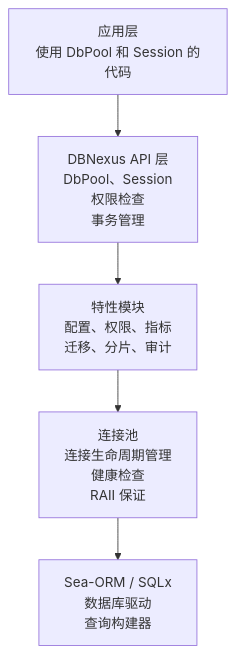
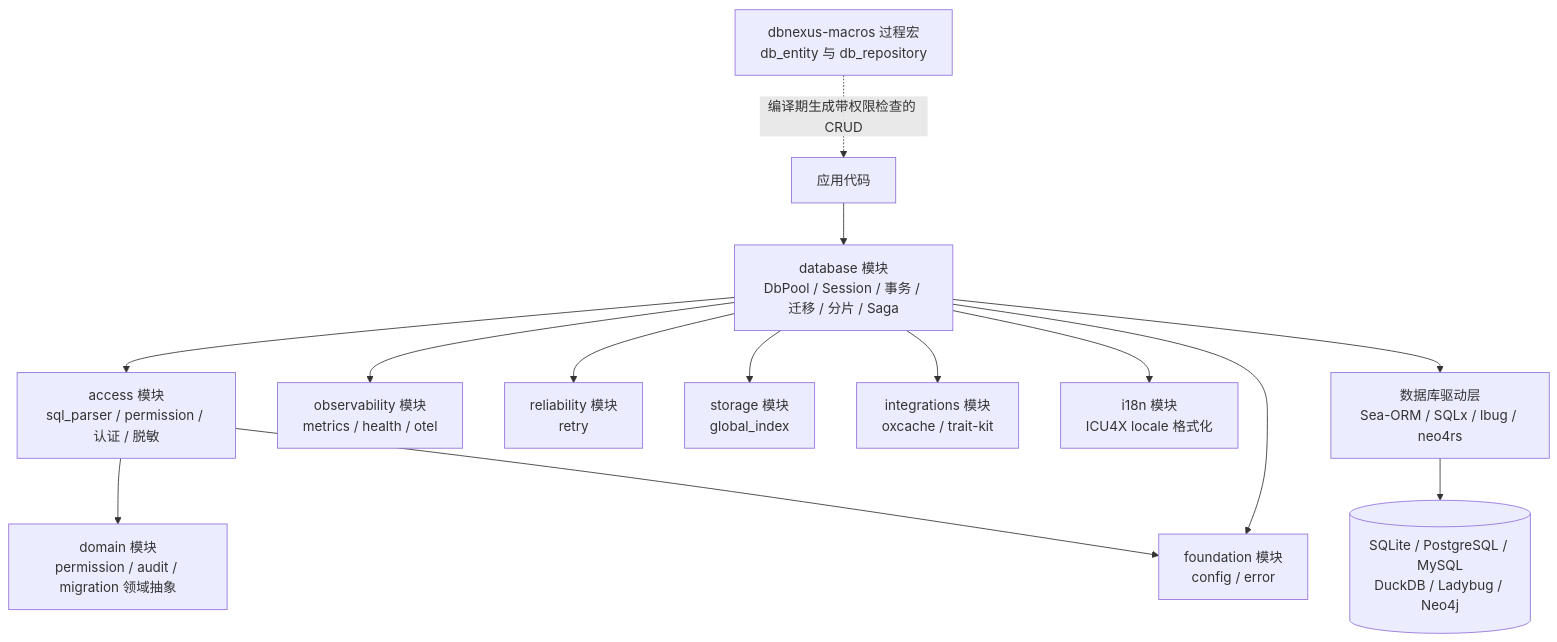
Before and after one commit to Kirky-X/dbnexus: the first of 7 diagrams in docs/ARCHITECTURE.md, drawn with Mermaid. The commit also changed other lines of this file and 7 other files, not shown here.

Commit message:
docs(dbnexus): docs 文档套件统一优化 — emoji 化 h2 与折叠目录、文档间交叉链接网络、架构/数据流 mermaid 图、结构化内容表格化、清除内部任务追踪引用；失真内容对照 src/ 源码修正，基准数字与安全承诺口径原样保留

````diff
--- a/docs/ARCHITECTURE.md
+++ b/docs/ARCHITECTURE.md
@@ -118,7 +98,30 @@
 ```mermaid
-graph TD
-    A[应用层<br/>使用 DbPool 和 Session 的代码] --> B[DBNexus API 层<br/>DbPool、Session<br/>权限检查<br/>事务管理]
-    B --> C[特性模块<br/>配置、权限、指标<br/>迁移、分片、审计]
-    C --> D[连接池<br/>连接生命周期管理<br/>健康检查<br/>RAII 保证]
-    D --> E[Sea-ORM / SQLx<br/>数据库驱动<br/>查询构建器]
+flowchart TD
+    APP["应用代码"]
+    MAC["dbnexus-macros 过程宏<br/>db_entity 与 db_repository"]
+    API["database 模块<br/>DbPool / Session / 事务 / 迁移 / 分片 / Saga"]
+    ACC["access 模块<br/>sql_parser / permission / 认证 / 脱敏"]
+    DOM["domain 模块<br/>permission / audit / migration 领域抽象"]
+    OBS["observability 模块<br/>metrics / health / otel"]
+    REL["reliability 模块<br/>retry"]
+    STO["storage 模块<br/>global_index"]
+    INT["integrations 模块<br/>oxcache / trait-kit"]
+    I18N["i18n 模块<br/>ICU4X locale 格式化"]
+    FND["foundation 模块<br/>config / error"]
+    DRV["数据库驱动层<br/>Sea-ORM / SQLx / lbug / neo4rs"]
+    DB[("SQLite / PostgreSQL / MySQL<br/>DuckDB / Ladybug / Neo4j")]
+
+    MAC -.->|编译期生成带权限检查的 CRUD| APP
+    APP --> API
+    API --> ACC
+    ACC --> DOM
+    API --> OBS
+    API --> REL
+    API --> STO
+    API --> INT
+    API --> I18N
+    ACC --> FND
+    API --> FND
+    API --> DRV
+    DRV --> DB
 ```
````
